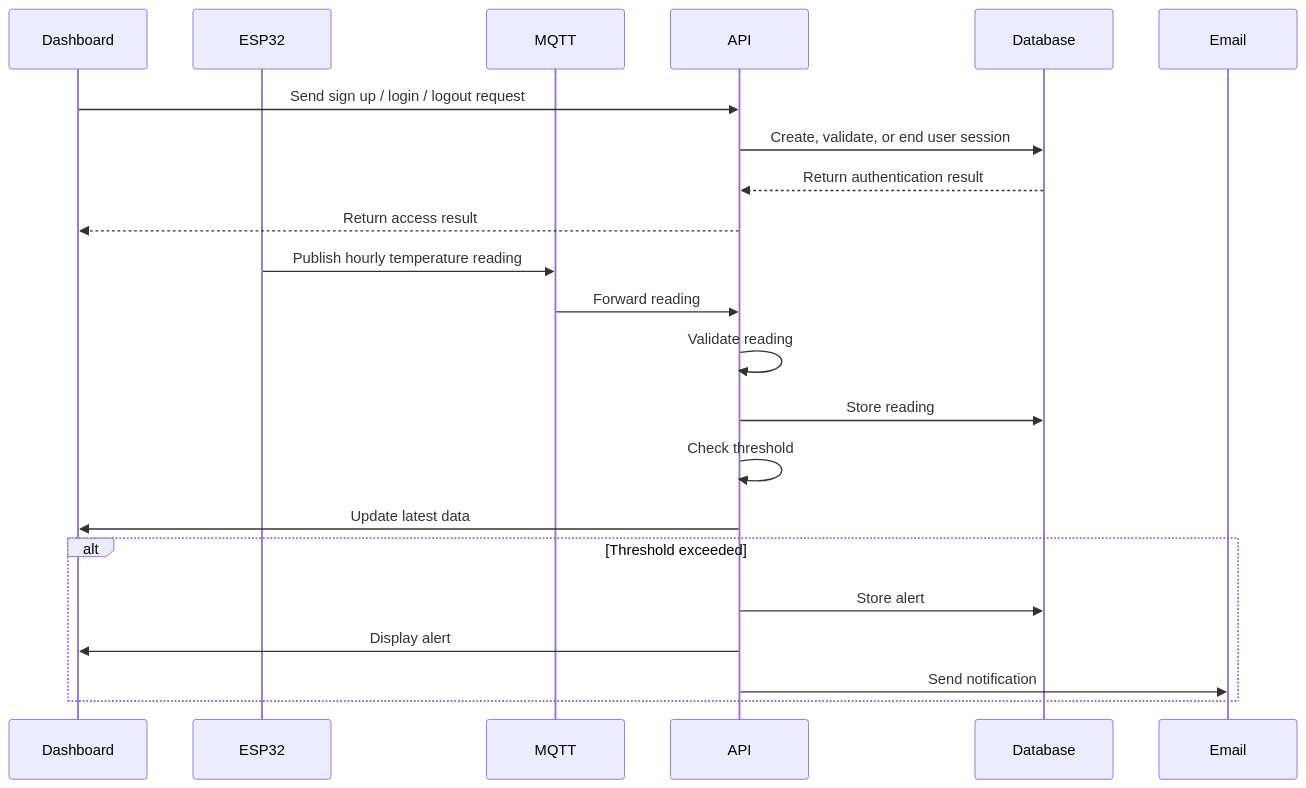
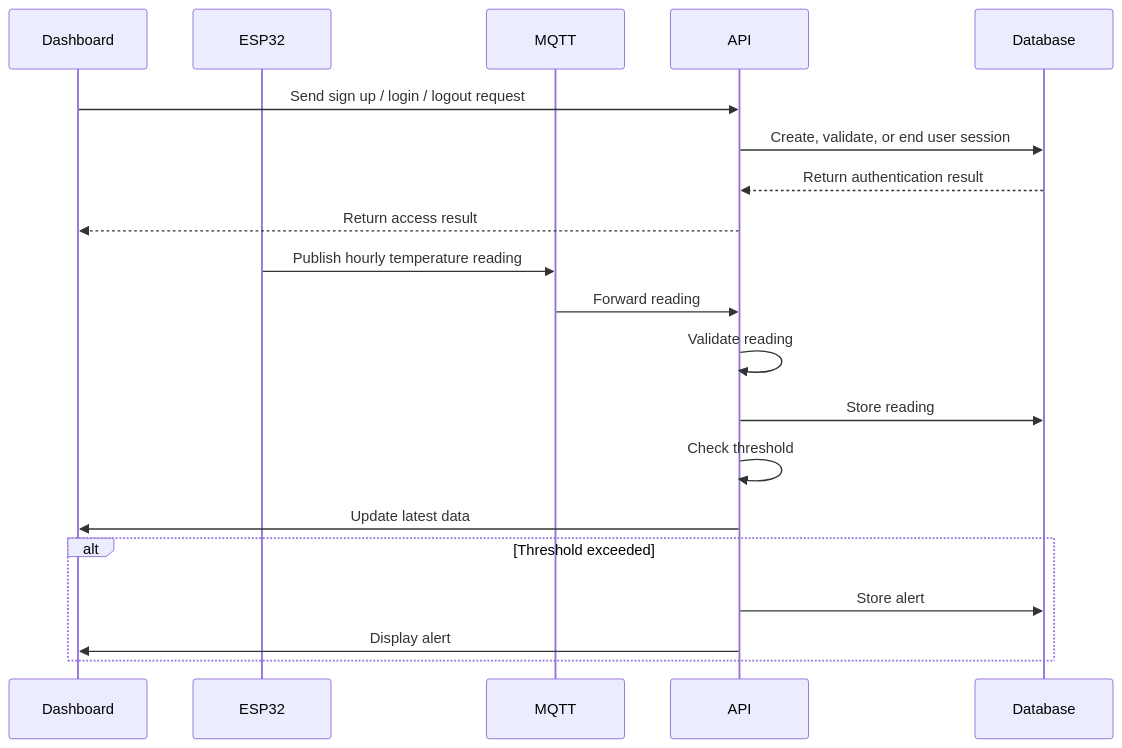
One commit to rabea14180-max/Portfolio-Project changed the second of 2 diagrams in Stage 3/4. Document External and Internal APIs/API Documentation.md. Above: the diagram before and after it, drawn with Mermaid. The commit also changed other lines of this file, not shown here.

First line of the commit message:
Remove SMTP Email Service from API documentation

````diff
--- a/Stage 3/4. Document External and Internal APIs/API Documentation.md
+++ b/Stage 3/4. Document External and Internal APIs/API Documentation.md
@@ -97,27 +90,25 @@
 ```mermaid
 sequenceDiagram
     participant Dashboard
     participant ESP32
     participant MQTT
     participant API
     participant Database
-    participant Email
 
     Dashboard->>API: Send sign up / login / logout request
     API->>Database: Create, validate, or end user session
     Database-->>API: Return authentication result
     API-->>Dashboard: Return access result
 
     ESP32->>MQTT: Publish hourly temperature reading
     MQTT->>API: Forward reading
     API->>API: Validate reading
     API->>Database: Store reading
     API->>API: Check threshold
     API->>Dashboard: Update latest data
 
     alt Threshold exceeded
         API->>Database: Store alert
         API->>Dashboard: Display alert
-        API->>Email: Send notification
     end
 ```
````
